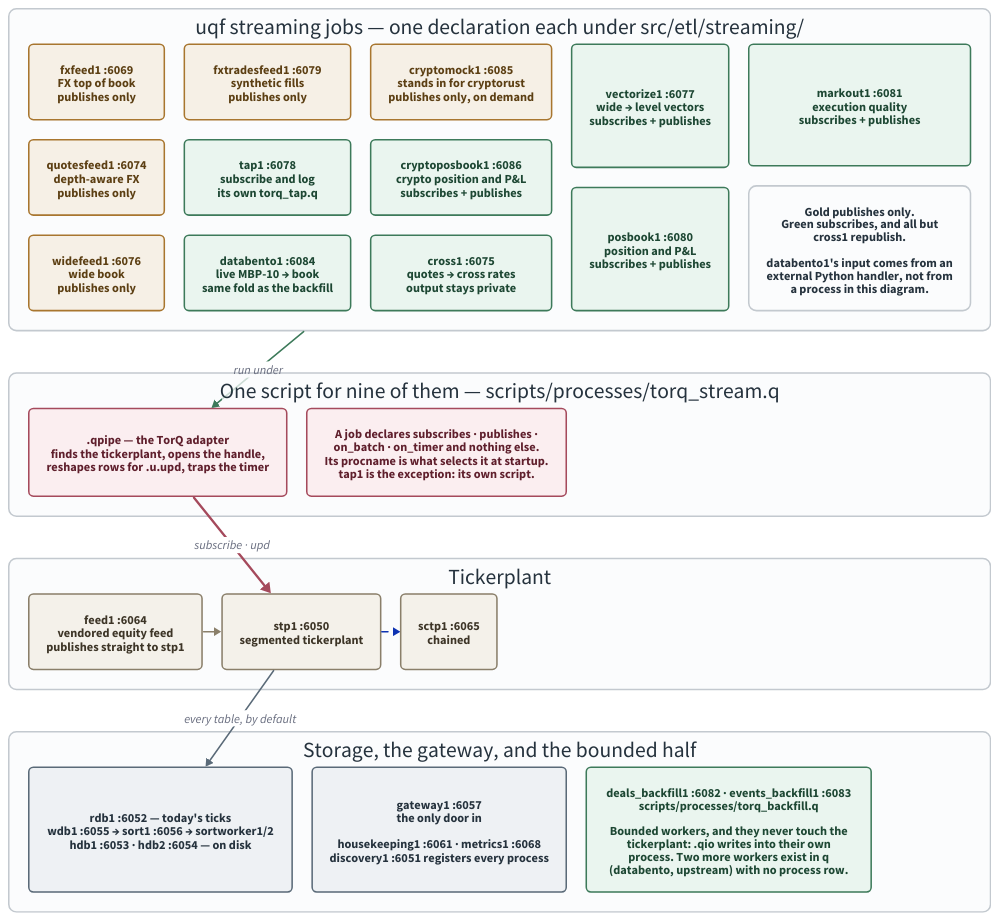
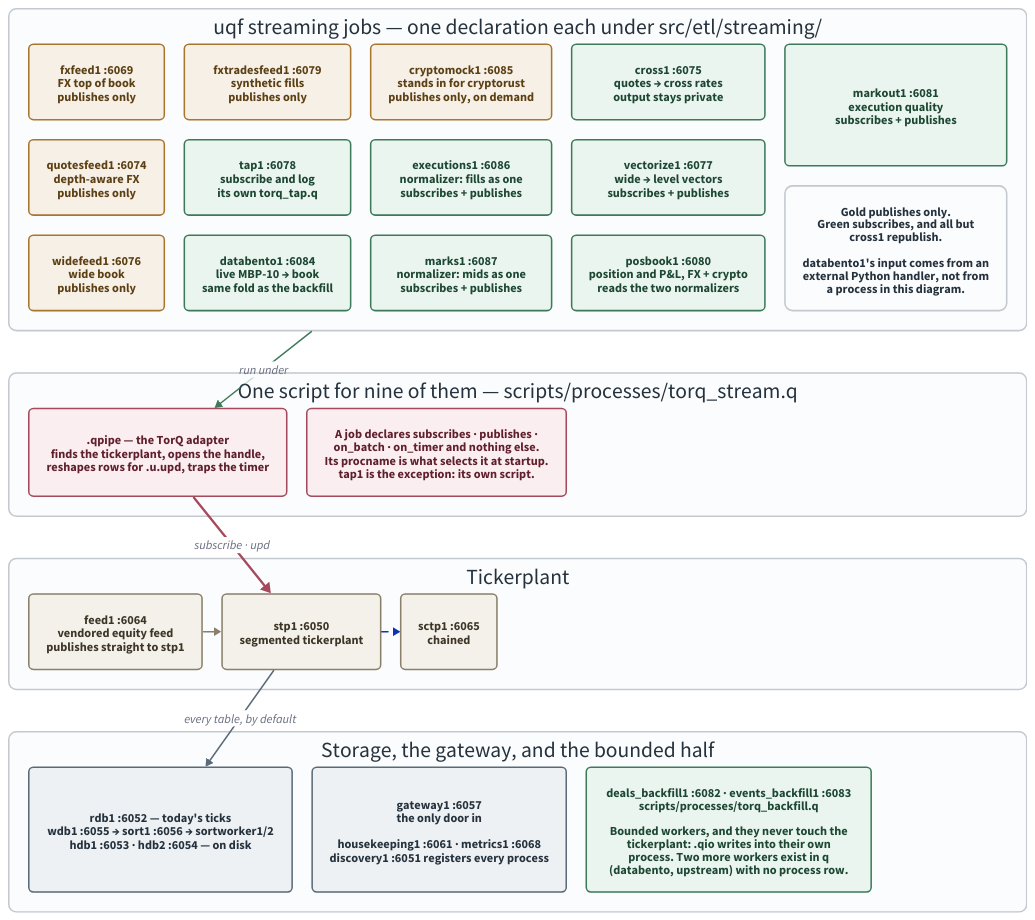
Before and after one commit to kwojdalski/uqf: the diagram in docs/diagrams/stack-topology.d2, drawn with D2. The commit also changed 31 other files, not shown here.

```diff
--- a/docs/diagrams/stack-topology.d2
+++ b/docs/diagrams/stack-topology.d2
@@ -1,157 +1,158 @@
 # stack-topology.d2 - who connects to whom over IPC in the running stack.
 #
 # Rendered by scripts/generate/render_diagrams.py, which CI runs with
 # --check. Embedded from docs/integrations/torq/README.md.
 #
 # Ports are the defaults at base 6050; every one is {KDBBASEPORT}+offset, so
 # a different base shifts them all together. The authority for the offsets
 # is docs/integrations/torq/processes.md, which is GENERATED from the
 # pipeline registry - if this diagram and that table disagree, the table is
 # right.
 #
 # WHAT THIS SHOWS THAT THE MERMAID VERSION DID NOT (#245).
 #
 # Eight of the eleven uqf processes run the SAME script. Since #204 a
 # streaming job is a declaration under src/etl/streaming/ and
 # processes/torq_stream.q is the one runner; which job a process runs is
 # decided by its procname at startup. The old diagram drew a script per
 # process, which is what the stack looked like before .qstream and is the
 # single most misleading thing about it.
 #
 # The two connection patterns are still real and still different - publish
 # only, versus an access-listed subscribe - but a job performs neither
 # itself now. .qpipe does both on its behalf, which is why the adapter is
 # drawn between the processes and the tickerplant rather than left out.
 #
 # Backfills are on here too, and were not before. They are the other half
 # of the ETL tree and they reach the tickerplant NOT AT ALL: a bounded
 # worker writes through .qio into its own process, so its rows never
 # traverse stp1. Drawing them beside the streaming jobs is the point - the
 # two halves look alike in the code and take completely different paths to
 # storage.
 
 direction: down
 
 grid-rows: 4
 grid-gap: 55
 
 vars: {
   d2-config: {
     pad: 40
   }
 }
 
 # Same palette as repo-overview.d2, so the set reads as one system: light
 # fills with dark text in both themes rather than a --dark-theme pairing,
 # which d2 still applies explicit styles over (d2lang/d2#831).
 classes: {
   feed: {
     style: {
       fill: "#f6f0e6"
       stroke: "#a8762f"
       font-color: "#5c3f13"
       border-radius: 6
     }
   }
   job: {
     style: {
       fill: "#eaf5ef"
       stroke: "#3d7a5a"
       font-color: "#1d4733"
       border-radius: 6
     }
   }
   adapter: {
     style: {
       fill: "#fbeef0"
       stroke: "#a54a5c"
       font-color: "#5f1f2c"
       border-radius: 6
     }
   }
   store: {
     style: {
       fill: "#eef1f4"
       stroke: "#5a6a78"
       font-color: "#25323d"
       border-radius: 6
     }
   }
   vendored: {
     style: {
       fill: "#f4f1ea"
       stroke: "#8a7f6a"
       font-color: "#3d3527"
       border-radius: 6
     }
   }
   band: {
     style: {
       fill: "#fbfcfd"
       stroke: "#c3c9cf"
       font-color: "#25323d"
       stroke-width: 2
       border-radius: 10
     }
   }
 }
 
 jobs: "uqf streaming jobs — one declaration each under src/etl/streaming/" {
   class: band
   grid-columns: 5
   grid-gap: 26
 
   fxfeed1: "fxfeed1 :6069\nFX top of book\npublishes only" { class: feed }
   quotesfeed1: "quotesfeed1 :6074\ndepth-aware FX\npublishes only" { class: feed }
   widefeed1: "widefeed1 :6076\nwide book\npublishes only" { class: feed }
   fxtradesfeed1: "fxtradesfeed1 :6079\nsynthetic fills\npublishes only" { class: feed }
   tap1: "tap1 :6078\nsubscribe and log\nits own torq_tap.q" { class: job }
 
   databento1: "databento1 :6084\nlive MBP-10 → book\nsame fold as the backfill" { class: job }
   cryptomock1: "cryptomock1 :6085\nstands in for cryptorust\npublishes only, on demand" { class: feed }
-  cryptoposbook1: "cryptoposbook1 :6086\ncrypto position and P&L\nsubscribes + publishes" { class: job }
+  executions1: "executions1 :6086\nnormalizer: fills as one\nsubscribes + publishes" { class: job }
+  marks1: "marks1 :6087\nnormalizer: mids as one\nsubscribes + publishes" { class: job }
   cross1: "cross1 :6075\nquotes → cross rates\noutput stays private" { class: job }
   vectorize1: "vectorize1 :6077\nwide → level vectors\nsubscribes + publishes" { class: job }
-  posbook1: "posbook1 :6080\nposition and P&L\nsubscribes + publishes" { class: job }
+  posbook1: "posbook1 :6080\nposition and P&L, FX + crypto\nreads the two normalizers" { class: job }
   markout1: "markout1 :6081\nexecution quality\nsubscribes + publishes" { class: job }
   legend: "Gold publishes only.\nGreen subscribes, and all but\ncross1 republish.\n\ndatabento1's input comes from an\nexternal Python handler, not from\na process in this diagram." { class: band }
 }
 
 runner: "One script for nine of them — scripts/processes/torq_stream.q" {
   class: band
   grid-columns: 2
   grid-gap: 26
 
   qpipe: ".qpipe — the TorQ adapter\nfinds the tickerplant, opens the handle,\nreshapes rows for .u.upd, traps the timer" { class: adapter }
   note: "A job declares subscribes · publishes ·\non_batch · on_timer and nothing else.\nIts procname is what selects it at startup.\ntap1 is the exception: its own script." { class: adapter }
 }
 
 tp: "Tickerplant" {
   class: band
   grid-columns: 3
   grid-gap: 26
 
   feed1: "feed1 :6064\nvendored equity feed\npublishes straight to stp1" { class: vendored }
   stp: "stp1 :6050\nsegmented tickerplant" { class: vendored }
   sctp: "sctp1 :6065\nchained" { class: vendored }
 
   feed1 -> stp { style.stroke: "#8a7f6a" }
   stp -> sctp { style.stroke-dash: 4 }
 }
 
 downstream: "Storage, the gateway, and the bounded half" {
   class: band
   grid-columns: 3
   grid-gap: 26
 
   storage: "rdb1 :6052 — today's ticks\nwdb1 :6055 → sort1 :6056 → sortworker1/2\nhdb1 :6053 · hdb2 :6054 — on disk" { class: store }
   gw: "gateway1 :6057\nthe only door in\n\nhousekeeping1 :6061 · metrics1 :6068\ndiscovery1 :6051 registers every process" { class: store }
   backfills: "deals_backfill1 :6082 · events_backfill1 :6083\nscripts/processes/torq_backfill.q\n\nBounded workers, and they never touch the\ntickerplant: .qio writes into their own\nprocess. Two more workers exist in q\n(databento, upstream) with no process row." { class: job }
 }
 
 jobs -> runner.qpipe: "run under" { style.stroke: "#3d7a5a" }
 runner.qpipe -> tp.stp: "subscribe · upd" {
   style.stroke: "#a54a5c"
   style.stroke-width: 3
 }
 tp.stp -> downstream.storage: "every table, by default" { style.stroke: "#5a6a78" }
```
